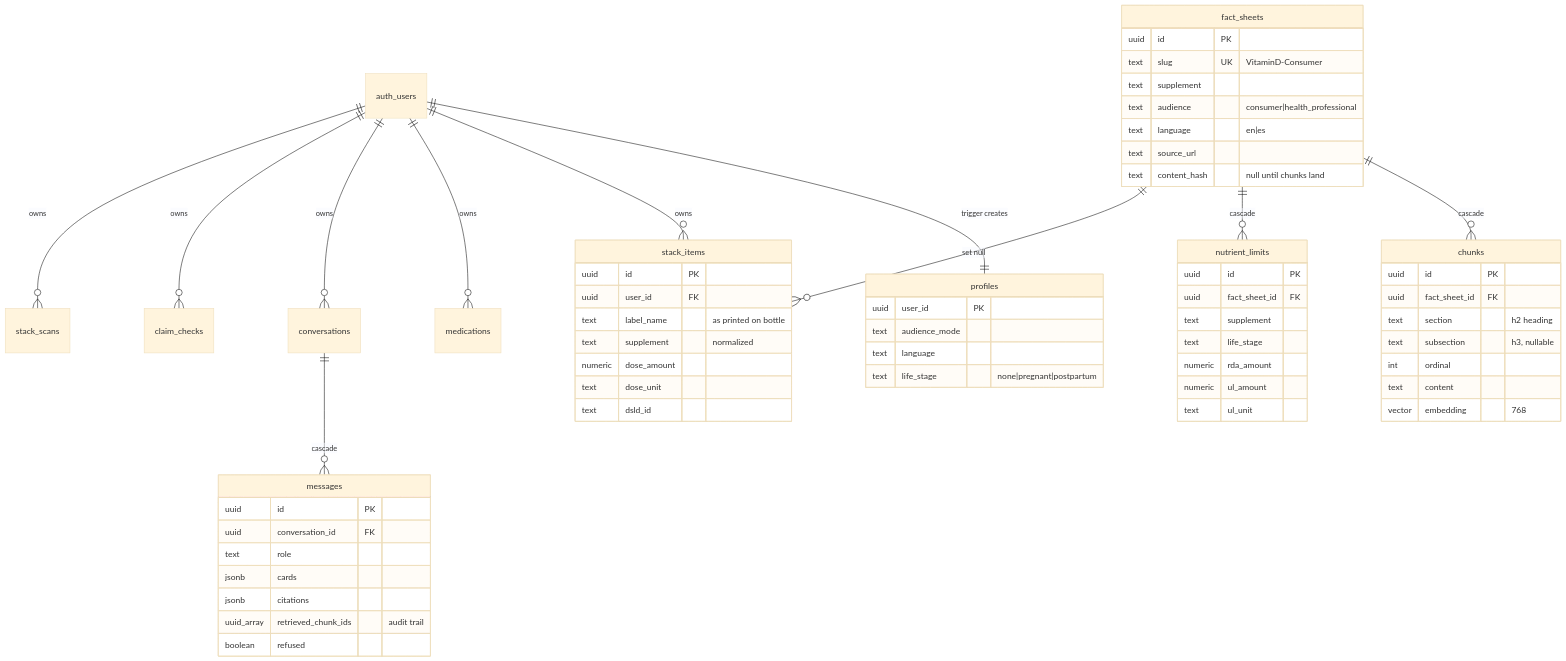
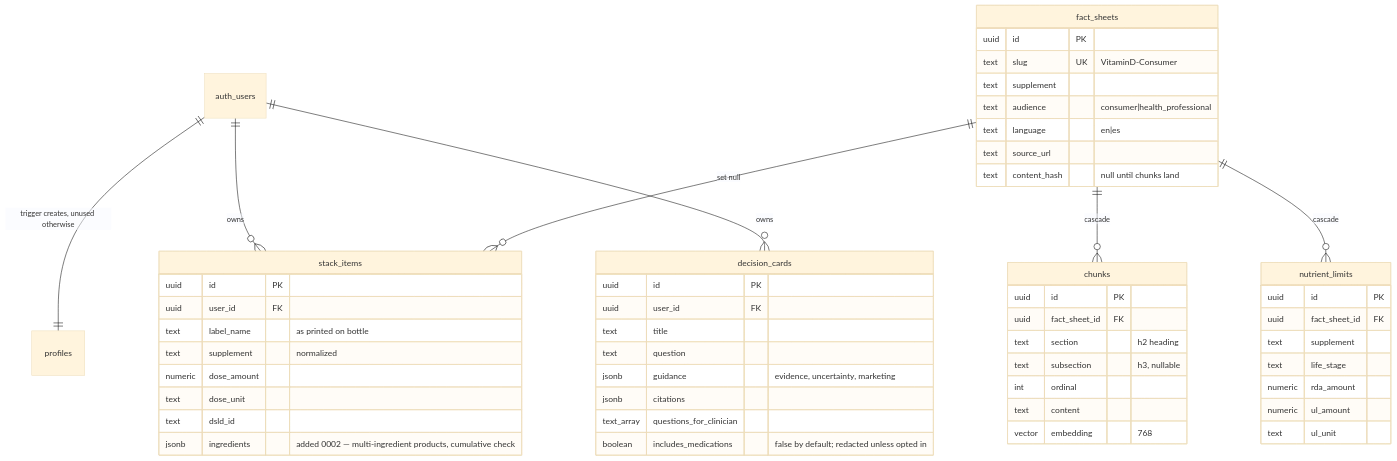
The sixth of 8 diagrams in design.md (notypos/buildphase-notypos-deploy), drawn with Mermaid (base theme) before and after one commit. The commit also changed other lines of this file and 13 other files, not shown here.

````diff
--- a/design.md
+++ b/design.md
@@ -234,65 +251,57 @@
 ```mermaid
 erDiagram
-    auth_users ||--|| profiles : "trigger creates"
+    auth_users ||--|| profiles : "trigger creates, unused otherwise"
     auth_users ||--o{ stack_items : owns
-    auth_users ||--o{ medications : owns
-    auth_users ||--o{ conversations : owns
-    auth_users ||--o{ claim_checks : owns
-    auth_users ||--o{ stack_scans : owns
+    auth_users ||--o{ decision_cards : owns
     fact_sheets ||--o{ chunks : "cascade"
     fact_sheets ||--o{ nutrient_limits : "cascade"
     fact_sheets ||--o{ stack_items : "set null"
-    conversations ||--o{ messages : "cascade"
 
     fact_sheets {
         uuid id PK
         text slug UK "VitaminD-Consumer"
         text supplement
         text audience "consumer|health_professional"
         text language "en|es"
         text source_url
         text content_hash "null until chunks land"
     }
     chunks {
         uuid id PK
         uuid fact_sheet_id FK
         text section "h2 heading"
         text subsection "h3, nullable"
         int ordinal
         text content
         vector embedding "768"
     }
     nutrient_limits {
         uuid id PK
         uuid fact_sheet_id FK
         text supplement
         text life_stage
         numeric rda_amount
         numeric ul_amount
         text ul_unit
     }
-    profiles {
-        uuid user_id PK
-        text audience_mode
-        text language
-        text life_stage "none|pregnant|postpartum"
-    }
     stack_items {
         uuid id PK
         uuid user_id FK
         text label_name "as printed on bottle"
         text supplement "normalized"
         numeric dose_amount
         text dose_unit
         text dsld_id
+        jsonb ingredients "added 0002 — multi-ingredient products, cumulative check"
     }
-    messages {
+    decision_cards {
         uuid id PK
-        uuid conversation_id FK
-        text role
-        jsonb cards
+        uuid user_id FK
+        text title
+        text question
+        jsonb guidance "evidence, uncertainty, marketing"
         jsonb citations
-        uuid_array retrieved_chunk_ids "audit trail"
-        boolean refused
+        text_array questions_for_clinician
+        boolean includes_medications "false by default; redacted unless opted in"
     }
 ```
````
